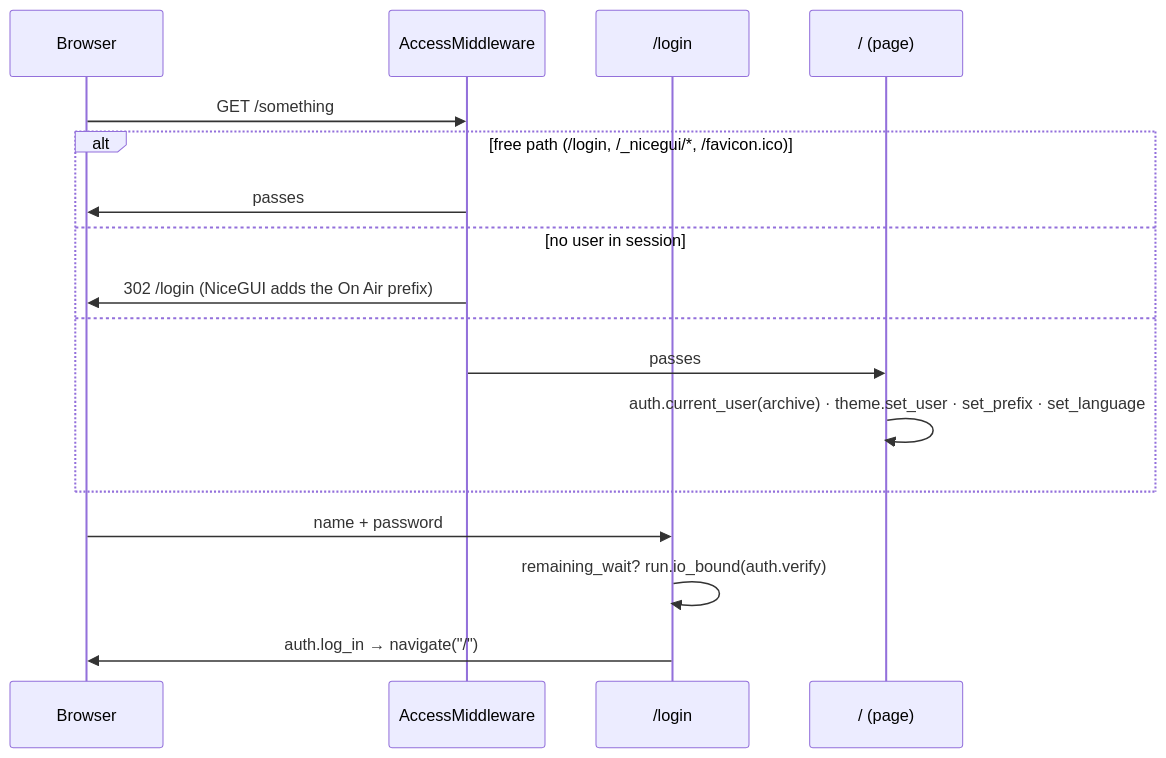
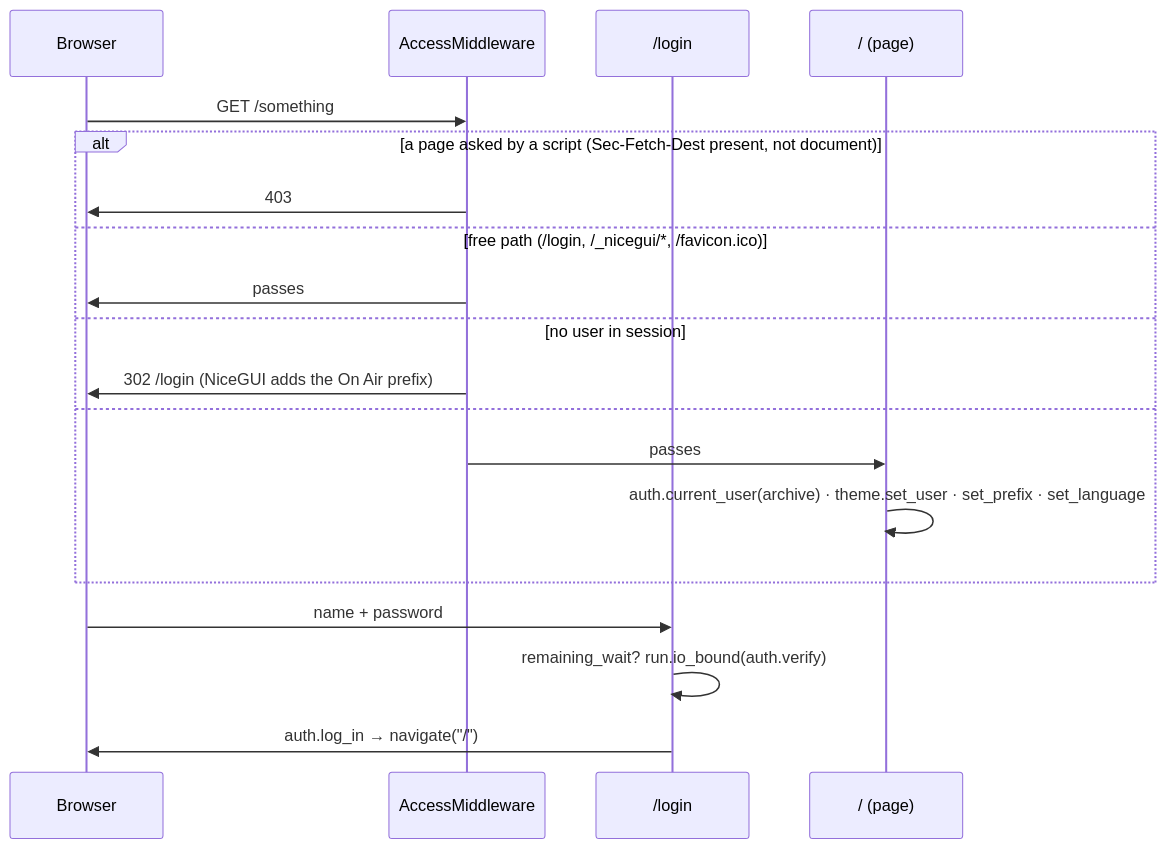
The diagram in docs/manual/03-access-and-permissions.md (MarcoMungaiCoppolino/kingmaker-kingdom-manager), drawn with Mermaid before and after one commit. The commit also changed other lines of this file and 42 other files, not shown here.

````diff
--- a/docs/manual/03-access-and-permissions.md
+++ b/docs/manual/03-access-and-permissions.md
@@ -39,19 +43,21 @@
 ```mermaid
 sequenceDiagram
     participant B as Browser
     participant M as AccessMiddleware
     participant L as /login
     participant P as / (page)
     B->>M: GET /something
-    alt free path (/login, /_nicegui/*, /favicon.ico)
+    alt a page asked by a script (Sec-Fetch-Dest present, not document)
+        M->>B: 403
+    else free path (/login, /_nicegui/*, /favicon.ico)
         M->>B: passes
     else no user in session
         M->>B: 302 /login (NiceGUI adds the On Air prefix)
     else
         M->>P: passes
         P->>P: auth.current_user(archive) · theme.set_user · set_prefix · set_language
     end
     B->>L: name + password
     L->>L: remaining_wait? run.io_bound(auth.verify)
     L->>B: auth.log_in → navigate("/")
 ```
````
